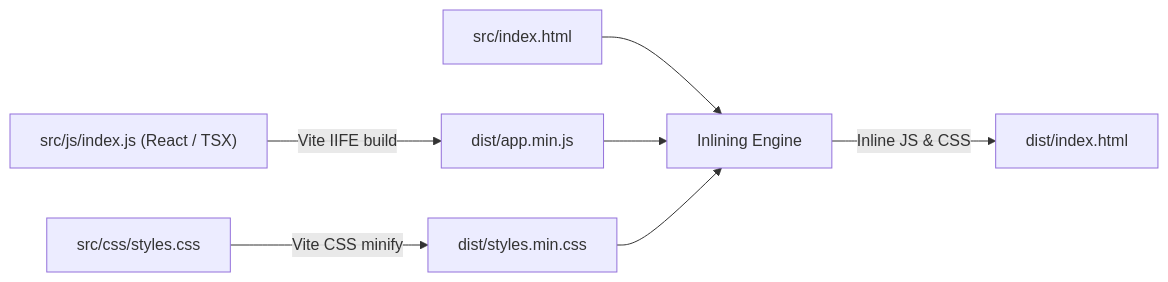
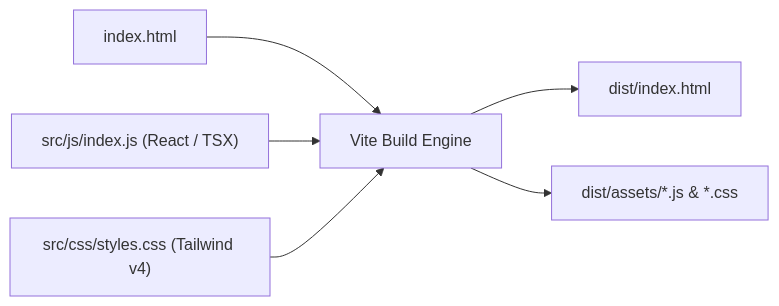
Before and after one commit to juftin/crossleague: the second of 2 diagrams in docs/architecture.md, drawn with Mermaid. The commit also changed other lines of this file and 27 other files, not shown here.

First line of the commit message:
♻️ (build): standardize build process with native Vite and multi-chunk assets (#9)

````diff
--- a/docs/architecture.md
+++ b/docs/architecture.md
@@ -163,9 +164,8 @@
 ```mermaid
 flowchart LR
-    srcJS["src/js/index.js (React / TSX)"] -->|Vite IIFE build| distJS["dist/app.min.js"]
-    srcCSS["src/css/styles.css"] -->|Vite CSS minify| distCSS["dist/styles.min.css"]
-    srcHTML["src/index.html"] --> Inliner["Inlining Engine"]
-    distJS --> Inliner
-    distCSS --> Inliner
-    Inliner -->|Inline JS & CSS| distHTML["dist/index.html"]
+    srcHTML["index.html"] --> Vite["Vite Build Engine"]
+    srcJS["src/js/index.js (React / TSX)"] --> Vite
+    srcCSS["src/css/styles.css (Tailwind v4)"] --> Vite
+    Vite --> distHTML["dist/index.html"]
+    Vite --> distAssets["dist/assets/*.js & *.css"]
 ```
````
